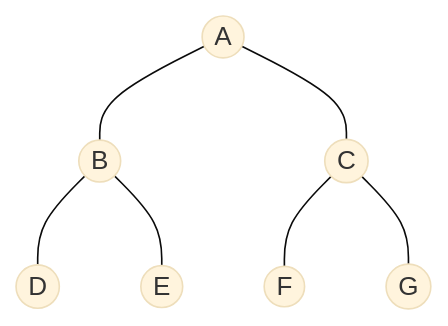
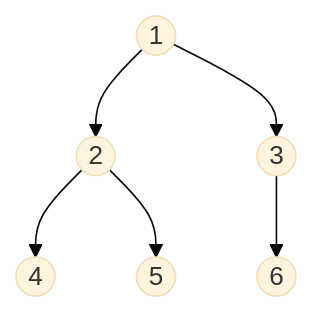
The third of 4 diagrams in tree/10_array_representation.md (ARYAN-KUMAR-22/dsa), drawn with Mermaid (base theme) before and after one commit. The commit also changed other lines of this file and 4 other files, not shown here.

````diff
--- a/tree/10_array_representation.md
+++ b/tree/10_array_representation.md
@@ -21,9 +195,8 @@
 ```mermaid
 graph TD
-    A((A)) --- B((B))
-    A --- C((C))
-    B --- D((D))
-    B --- E((E))
-    C --- F((F))
-    C --- G((G))
+    A((1)) --> B((2))
+    A --> C((3))
+    B --> D((4))
+    B --> E((5))
+    C --> F((6))
 ```
````
